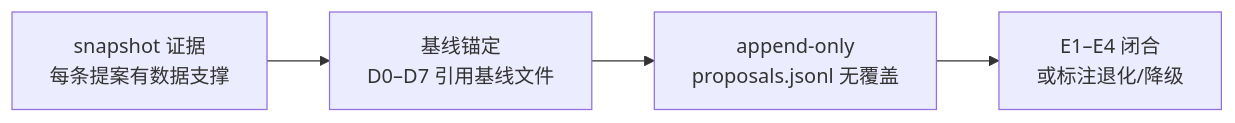
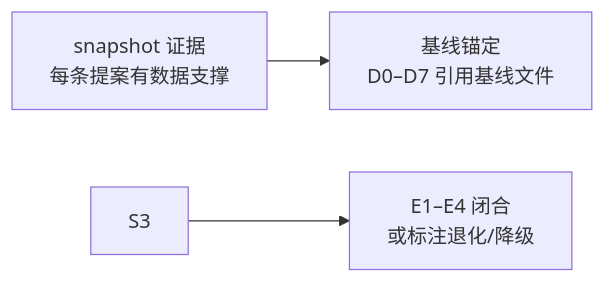
One commit to effiy/YrY changed diagram 11 of 11 in rules/self-improve.md. Above: the diagram before and after it, drawn with Mermaid. The commit also changed other lines of this file and 91 other files, not shown here.

````diff
--- a/rules/self-improve.md
+++ b/rules/self-improve.md
@@ -254,7 +226,6 @@
 ```mermaid
 flowchart LR
     S1["snapshot 证据<br/>每条提案有数据支撑"]:::sig --> S2["基线锚定<br/>D0–D7 引用基线文件"]:::sig
-    S2 --> S3["append-only<br/>proposals.jsonl 无覆盖"]:::sig
     S3 --> S4["E1–E4 闭合<br/>或标注退化/降级"]:::sig
 
 ```
````
